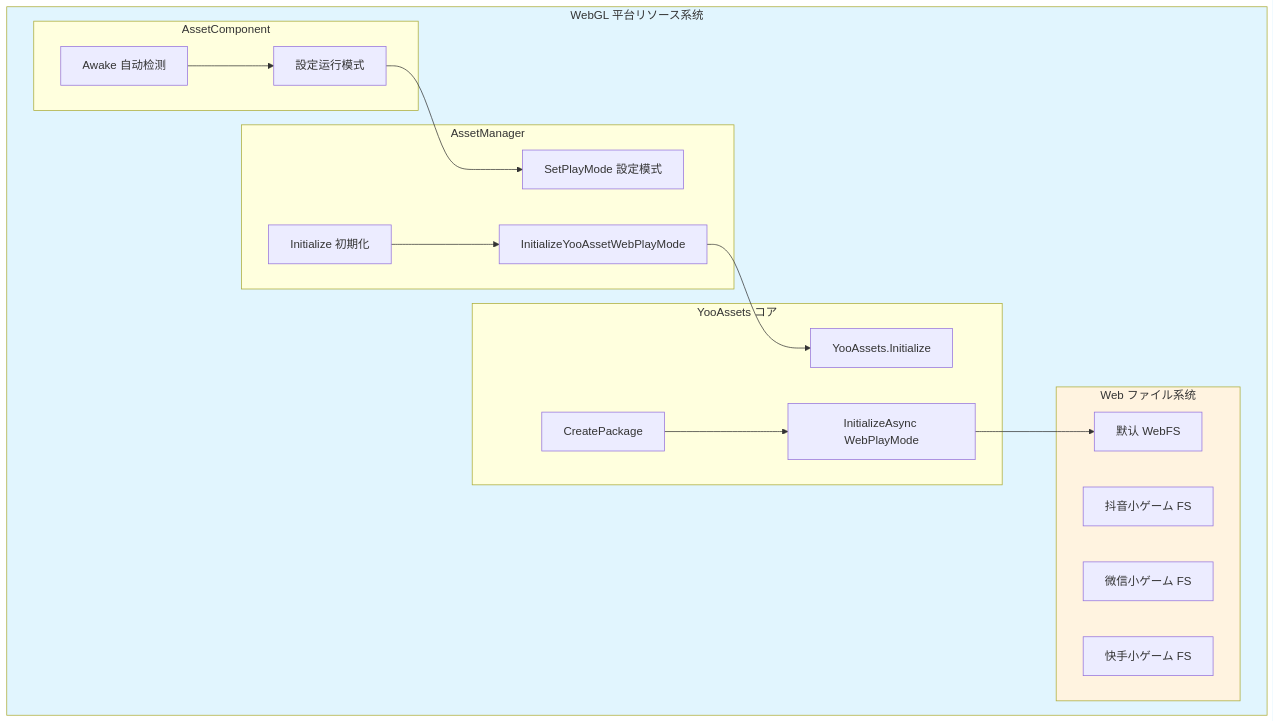
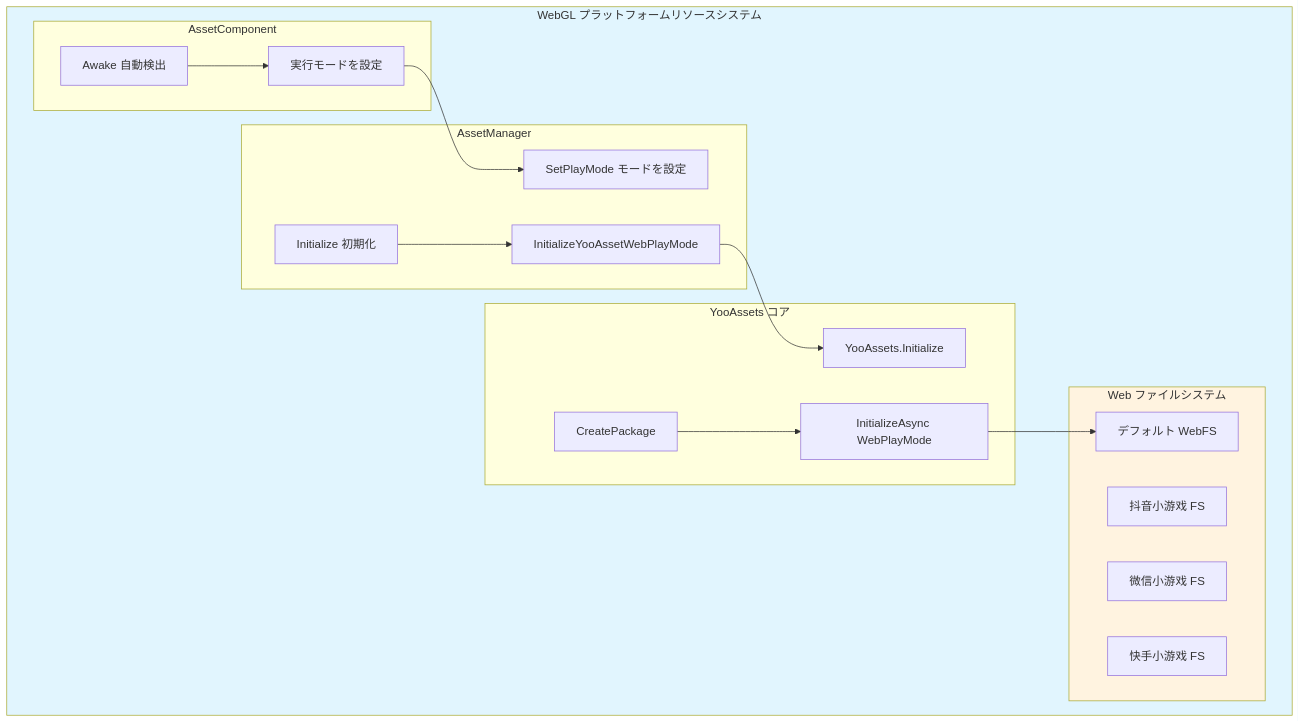
One commit to AlianBlank/GameFrameX.Docs changed the first of 2 diagrams in docs/ja/client/unity/component/asset/17.webgl.md. Above: the diagram before and after it, drawn with Mermaid. The commit also changed other lines of this file and 320 other files, not shown here.

````diff
--- a/docs/ja/client/unity/component/asset/17.webgl.md
+++ b/docs/ja/client/unity/component/asset/17.webgl.md
@@ -17,38 +17,38 @@
 ```mermaid
 flowchart TD
-    subgraph WebGL_Platform["WebGL 平台リソース系统"]
+    subgraph WebGL_Platform["WebGL プラットフォームリソースシステム"]
         subgraph AssetComponent["AssetComponent"]
-            AC_Awake[Awake 自动检测]
-            AC_SetMode[設定运行模式]
+            AC_Awake[Awake 自動検出]
+            AC_SetMode[実行モードを設定]
         end
 
         subgraph AssetManager["AssetManager"]
             AM_Init[Initialize 初期化]
-            AM_SetPlayMode[SetPlayMode 設定模式]
+            AM_SetPlayMode[SetPlayMode モードを設定]
             AM_InitWeb[InitializeYooAssetWebPlayMode]
         end
 
         subgraph YooAssets["YooAssets コア"]
             YA_Init[YooAssets.Initialize]
             YA_CreatePkg[CreatePackage]
             YA_InitWeb[InitializeAsync WebPlayMode]
         end
 
-        subgraph WebFileSystem["Web ファイル系统"]
-            WFS_Default[默认 WebFS]
-            WFS_Douyin[抖音小ゲーム FS]
-            WFS_WeChat[微信小ゲーム FS]
-            WFS_KuaiShou[快手小ゲーム FS]
+        subgraph WebFileSystem["Web ファイルシステム"]
+            WFS_Default[デフォルト WebFS]
+            WFS_Douyin[抖音小游戏 FS]
+            WFS_WeChat[微信小游戏 FS]
+            WFS_KuaiShou[快手小游戏 FS]
         end
     end
 
     AC_Awake --> AC_SetMode
     AC_SetMode --> AM_SetPlayMode
     AM_Init --> AM_InitWeb
     AM_InitWeb --> YA_Init
     YA_CreatePkg --> YA_InitWeb
     YA_InitWeb --> WFS_Default
 
     style WebGL_Platform fill:#e1f5fe
     style WebFileSystem fill:#fff3e0
 ```
````
